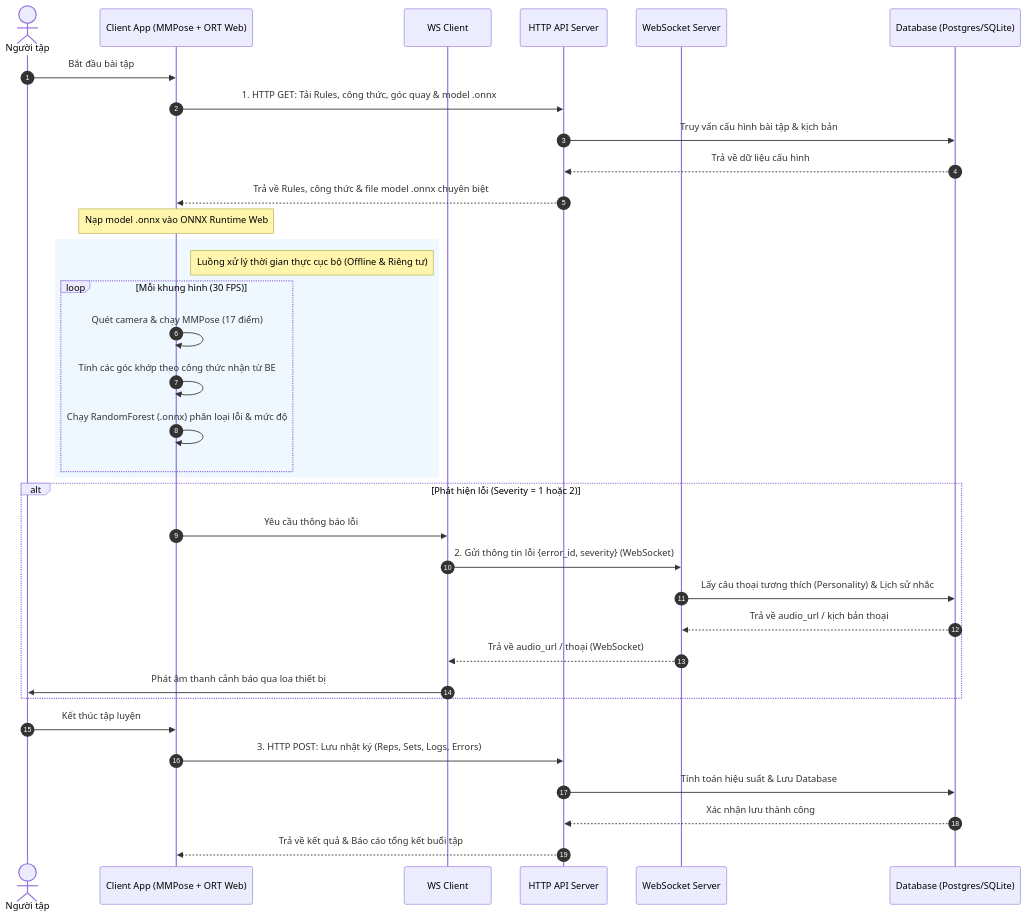
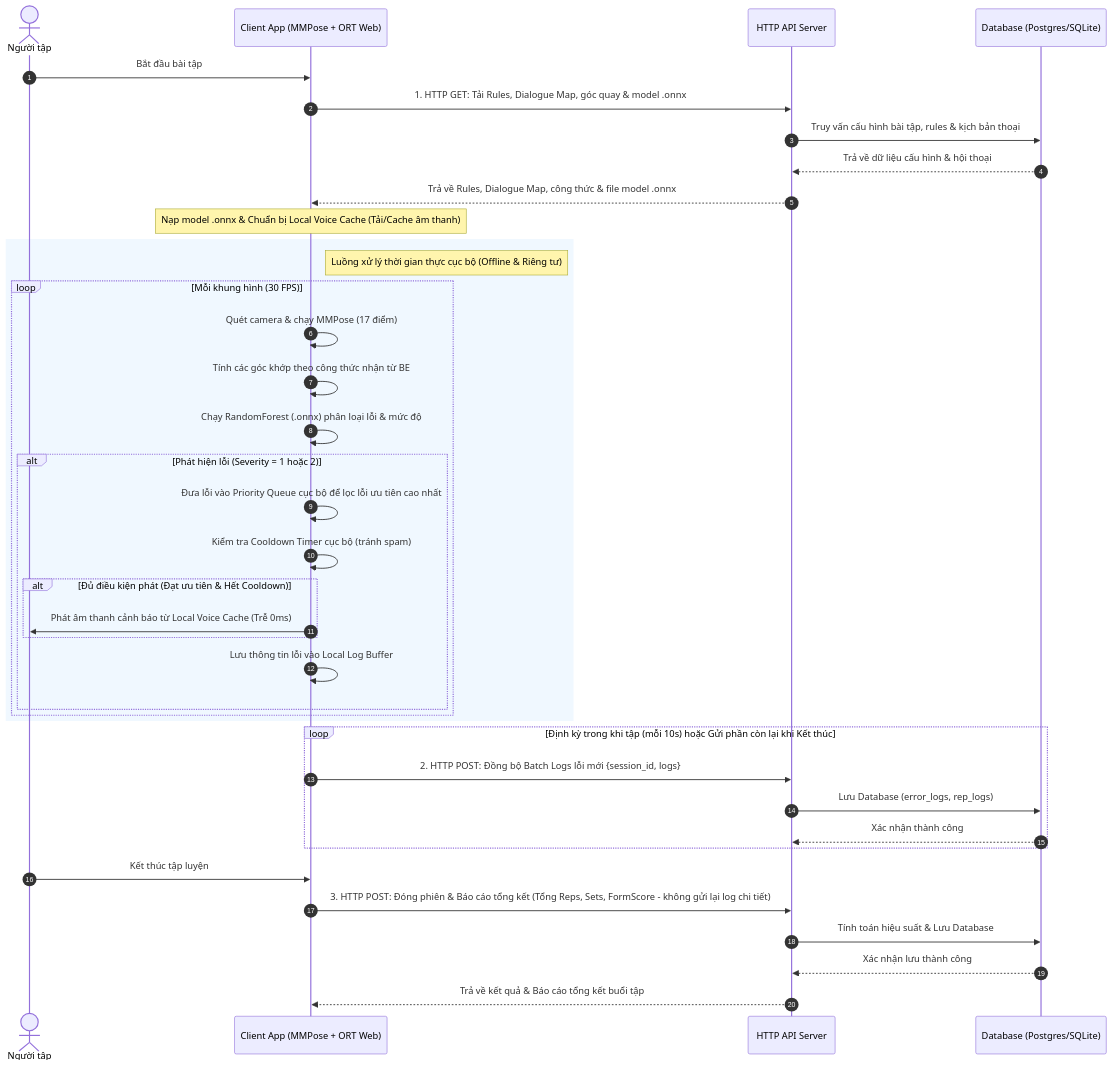
Before and after one commit to viethung213/gym-companion: the diagram in internal/workout/docs/ai_camera_coach_design_and_roadmap.md, drawn with Mermaid. The commit also changed other lines of this file, not shown here.

Commit message:
📝 docs(workout): redesign AI camera coach architecture to local engine

````diff
--- a/internal/workout/docs/ai_camera_coach_design_and_roadmap.md
+++ b/internal/workout/docs/ai_camera_coach_design_and_roadmap.md
@@ -11,45 +11,49 @@
 ```mermaid
 sequenceDiagram
     autonumber
     actor User as Người tập
     participant Client as Client App (MMPose + ORT Web)
-    participant WS_Client as WS Client
     participant HTTP_Server as HTTP API Server
-    participant WS_Server as WebSocket Server
     participant DB as Database (Postgres/SQLite)
 
     %% 1. Khởi tạo
     User->>Client: Bắt đầu bài tập
-    Client->>HTTP_Server: 1. HTTP GET: Tải Rules, công thức, góc quay & model .onnx
-    HTTP_Server->>DB: Truy vấn cấu hình bài tập & kịch bản
-    DB-->>HTTP_Server: Trả về dữ liệu cấu hình
-    HTTP_Server-->>Client: Trả về Rules, công thức & file model .onnx chuyên biệt
-    Note over Client: Nạp model .onnx vào ONNX Runtime Web
+    Client->>HTTP_Server: 1. HTTP GET: Tải Rules, Dialogue Map, góc quay & model .onnx
+    HTTP_Server->>DB: Truy vấn cấu hình bài tập, rules & kịch bản thoại
+    DB-->>HTTP_Server: Trả về dữ liệu cấu hình & hội thoại
+    HTTP_Server-->>Client: Trả về Rules, Dialogue Map, công thức & file model .onnx
+    Note over Client: Nạp model .onnx & Chuẩn bị Local Voice Cache (Tải/Cache âm thanh)
 
-    %% 2. Vòng lặp thời gian thực
+    %% 2. Vòng lặp thời gian thực cục bộ
     rect rgb(240, 248, 255)
         note right of Client: Luồng xử lý thời gian thực cục bộ (Offline & Riêng tư)
         loop Mỗi khung hình (30 FPS)
             Client->>Client: Quét camera & chạy MMPose (17 điểm)
             Client->>Client: Tính các góc khớp theo công thức nhận từ BE
             Client->>Client: Chạy RandomForest (.onnx) phân loại lỗi & mức độ
+            
+            alt Phát hiện lỗi (Severity = 1 hoặc 2)
+                Client->>Client: Đưa lỗi vào Priority Queue cục bộ để lọc lỗi ưu tiên cao nhất
+                Client->>Client: Kiểm tra Cooldown Timer cục bộ (tránh spam)
+                alt Đủ điều kiện phát (Đạt ưu tiên & Hết Cooldown)
+                    Client->>User: Phát âm thanh cảnh báo từ Local Voice Cache (Trễ 0ms)
+                end
+                Client->>Client: Lưu thông tin lỗi vào Local Log Buffer
+            end
         end
     end
 
-    %% 3. Báo lỗi và phát âm thanh
-    alt Phát hiện lỗi (Severity = 1 hoặc 2)
-        Client->>WS_Client: Yêu cầu thông báo lỗi
-        WS_Client->>WS_Server: 2. Gửi thông tin lỗi {error_id, severity} (WebSocket)
-        WS_Server->>DB: Lấy câu thoại tương thích (Personality) & Lịch sử nhắc
-        DB-->>WS_Server: Trả về audio_url / kịch bản thoại
-        WS_Server-->>WS_Client: Trả về audio_url / thoại (WebSocket)
-        WS_Client->>User: Phát âm thanh cảnh báo qua loa thiết bị
+    %% 3. Đồng bộ Log bất đồng bộ (Async Log Sync)
+    loop Định kỳ trong khi tập (mỗi 10s) hoặc Gửi phần còn lại khi Kết thúc
+        Client->>HTTP_Server: 2. HTTP POST: Đồng bộ Batch Logs lỗi mới {session_id, logs}
+        HTTP_Server->>DB: Lưu Database (error_logs, rep_logs)
+        DB-->>HTTP_Server: Xác nhận thành công
     end
 
     %% 4. Kết thúc
     User->>Client: Kết thúc tập luyện
-    Client->>HTTP_Server: 3. HTTP POST: Lưu nhật ký (Reps, Sets, Logs, Errors)
+    Client->>HTTP_Server: 3. HTTP POST: Đóng phiên & Báo cáo tổng kết (Tổng Reps, Sets, FormScore - không gửi lại log chi tiết)
     HTTP_Server->>DB: Tính toán hiệu suất & Lưu Database
     DB-->>HTTP_Server: Xác nhận lưu thành công
     HTTP_Server-->>Client: Trả về kết quả & Báo cáo tổng kết buổi tập
 ```
````
